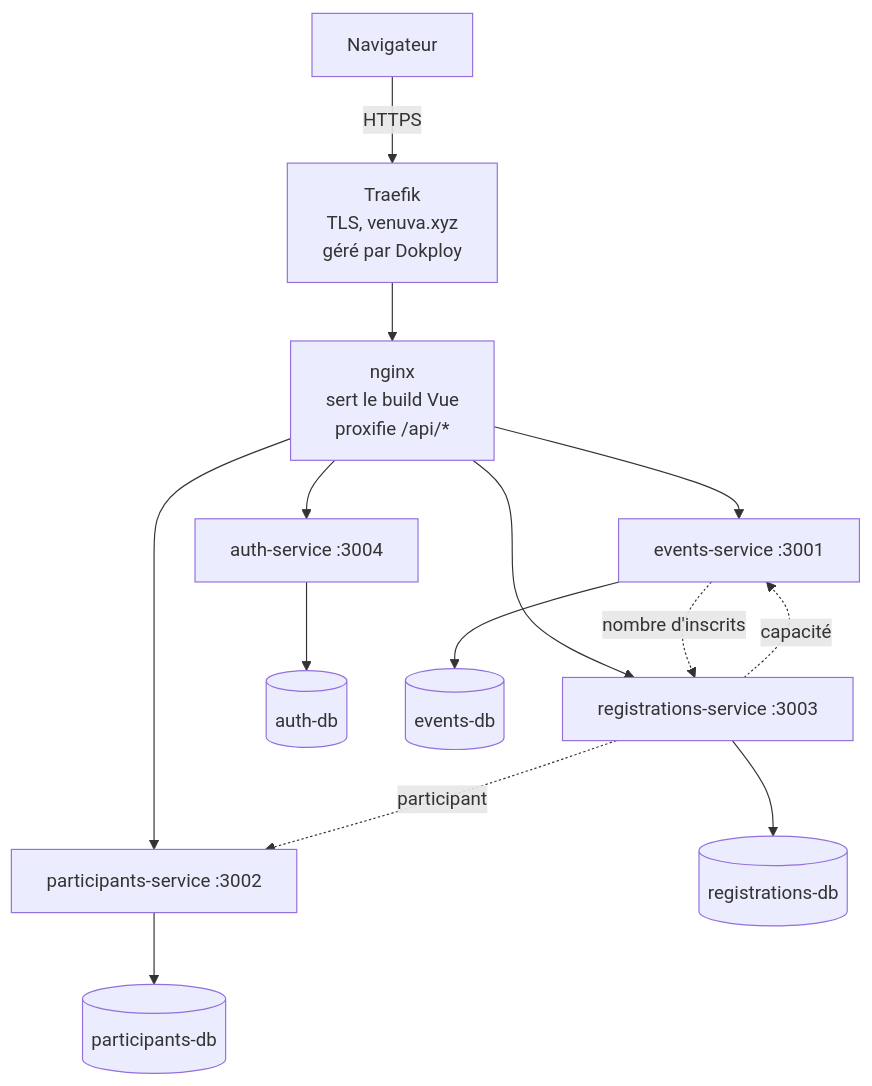
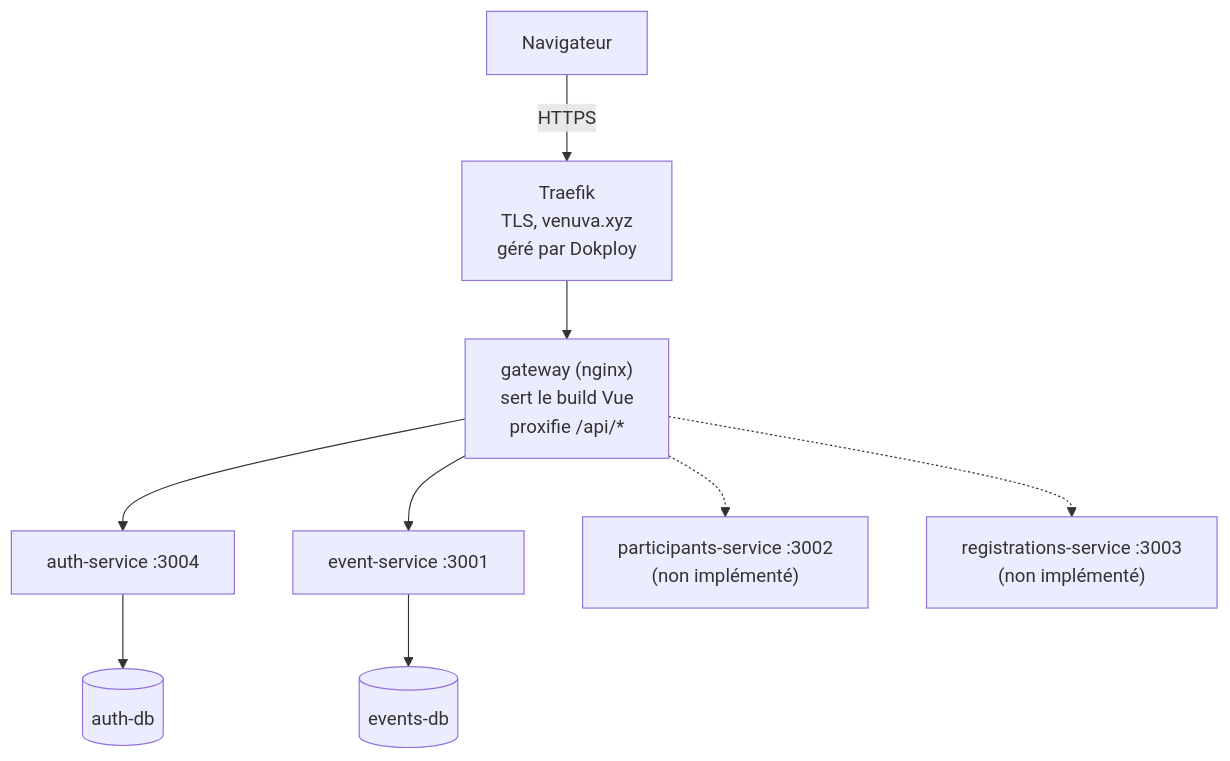
Before and after one commit to traorecheikh/eventis: the diagram in README.md, drawn with Mermaid. The commit also changed other lines of this file and 26 other files, not shown here.

````diff
--- a/README.md
+++ b/README.md
@@ -63,29 +64,22 @@
 ```mermaid
 graph TB
     U[Navigateur]
     T["Traefik<br/>TLS, venuva.xyz<br/>géré par Dokploy"]
-    NG["nginx<br/>sert le build Vue<br/>proxifie /api/*"]
+    NG["gateway (nginx)<br/>sert le build Vue<br/>proxifie /api/*"]
 
     AU["auth-service :3004"]
-    EV["events-service :3001"]
-    PA["participants-service :3002"]
-    RE["registrations-service :3003"]
+    EV["event-service :3001"]
+    PA["participants-service :3002<br/>(non implémenté)"]
+    RE["registrations-service :3003<br/>(non implémenté)"]
 
     AUDB[("auth-db")]
     EVDB[("events-db")]
-    PADB[("participants-db")]
-    REDB[("registrations-db")]
 
     U -->|HTTPS| T --> NG
     NG --> AU
     NG --> EV
-    NG --> PA
-    NG --> RE
+    NG -.-> PA
+    NG -.-> RE
     AU --> AUDB
     EV --> EVDB
-    PA --> PADB
-    RE --> REDB
-    RE -.->|capacité| EV
-    RE -.->|participant| PA
-    EV -.->|nombre d'inscrits| RE
 ```
````
